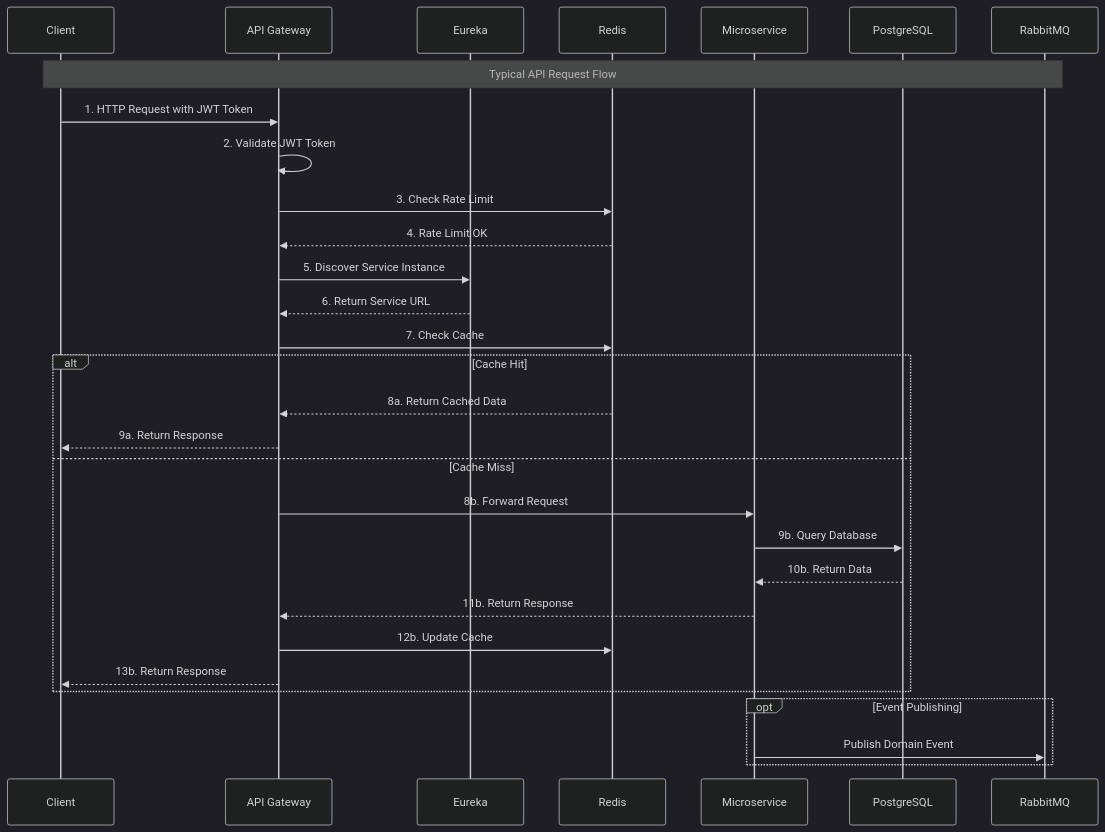
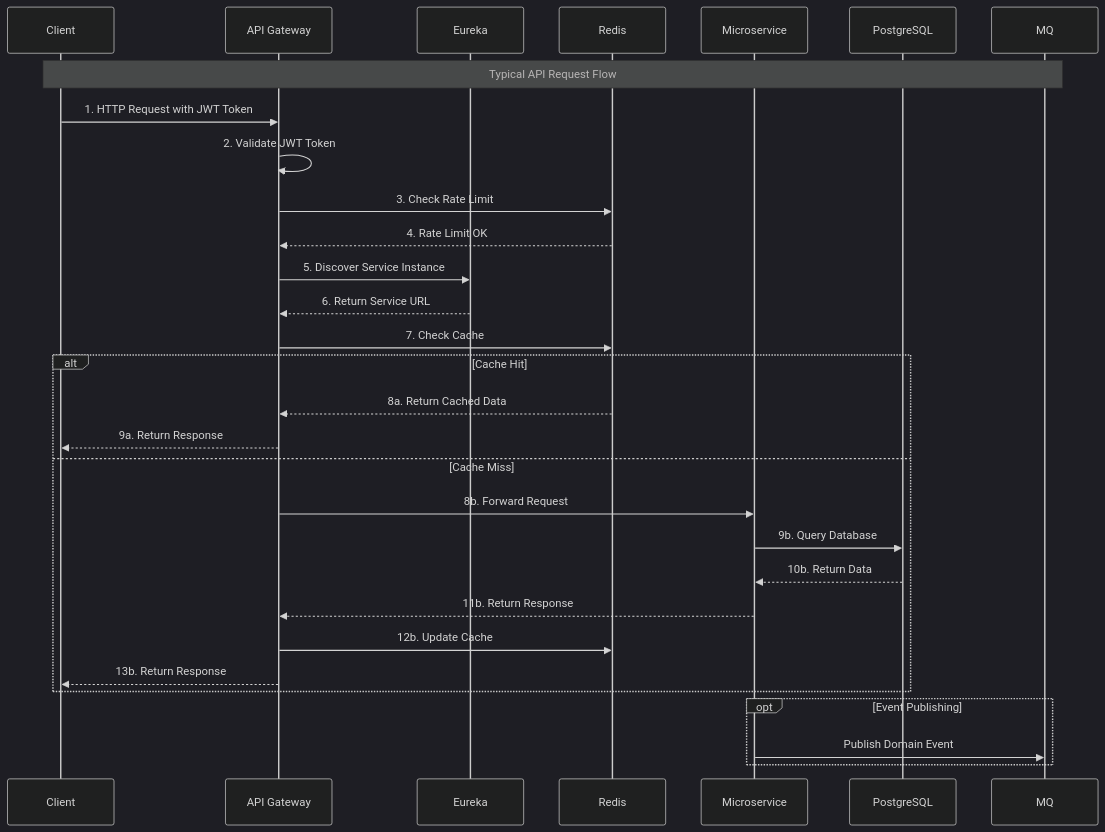
Diagram 12 of 18 in docs/ARCHITECTURE/APPLICATION_FLOWCHART.md (ommanoj88/SEV), drawn with Mermaid (dark theme) before and after one commit. The commit also changed other lines of this file and 37 other files, not shown here.

````diff
--- a/docs/ARCHITECTURE/APPLICATION_FLOWCHART.md
+++ b/docs/ARCHITECTURE/APPLICATION_FLOWCHART.md
@@ -756,36 +756,36 @@
 ```mermaid
 sequenceDiagram
     participant C as Client
     participant GW as API Gateway
     participant EU as Eureka
     participant RE as Redis
     participant SVC as Microservice
     participant DB as PostgreSQL
-    participant MQ as RabbitMQ
+    
 
     Note over C,MQ: Typical API Request Flow
     
     C->>GW: 1. HTTP Request with JWT Token
     GW->>GW: 2. Validate JWT Token
     GW->>RE: 3. Check Rate Limit
     RE-->>GW: 4. Rate Limit OK
     GW->>EU: 5. Discover Service Instance
     EU-->>GW: 6. Return Service URL
     GW->>RE: 7. Check Cache
     
     alt Cache Hit
         RE-->>GW: 8a. Return Cached Data
         GW-->>C: 9a. Return Response
     else Cache Miss
         GW->>SVC: 8b. Forward Request
         SVC->>DB: 9b. Query Database
         DB-->>SVC: 10b. Return Data
         SVC-->>GW: 11b. Return Response
         GW->>RE: 12b. Update Cache
         GW-->>C: 13b. Return Response
     end
     
     opt Event Publishing
         SVC->>MQ: Publish Domain Event
     end
 ```
````
